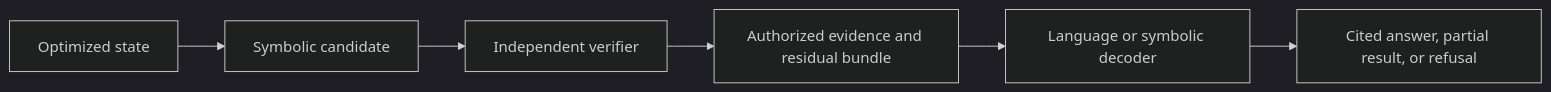
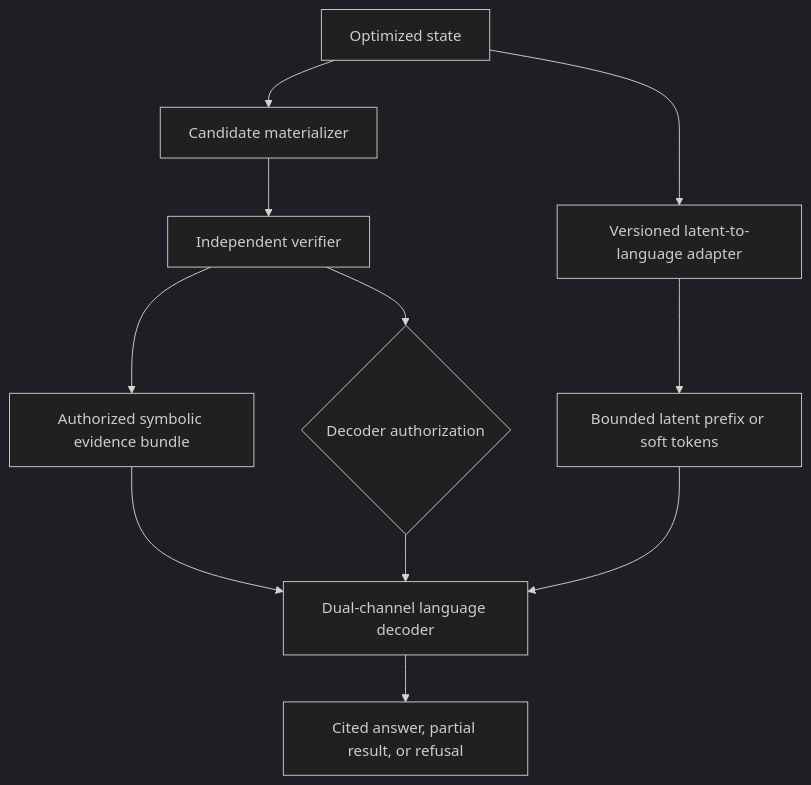
One commit to rishi-ie/LTM changed the fourth of 8 diagrams in docs/architecture.md. Above: the diagram before and after it, drawn with Mermaid (dark theme). The commit also changed other lines of this file and 10 other files, not shown here.

Commit message:
Document dual-channel decoding and add Phase 1.3 RAG evaluation CLI

````diff
--- a/docs/architecture.md
+++ b/docs/architecture.md
@@ -1433,8 +1443,13 @@
 ```mermaid
-flowchart LR
-    A["Optimized state"] --> B["Symbolic candidate"]
-    B --> C["Independent verifier"]
-    C --> D["Authorized evidence and residual bundle"]
-    D --> E["Language or symbolic decoder"]
-    E --> F["Cited answer, partial result, or refusal"]
+flowchart TD
+    A["Optimized state"] --> B["Candidate materializer"]
+    A --> C["Versioned latent-to-language adapter"]
+    B --> D["Independent verifier"]
+    D --> E["Authorized symbolic evidence bundle"]
+    D --> F{"Decoder authorization"}
+    C --> G["Bounded latent prefix or soft tokens"]
+    E --> H["Dual-channel language decoder"]
+    G --> H
+    F --> H
+    H --> I["Cited answer, partial result, or refusal"]
 ```
````
